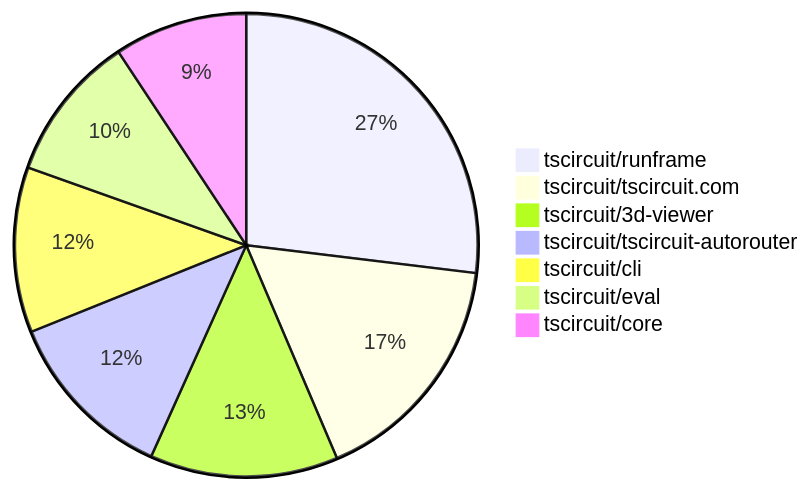
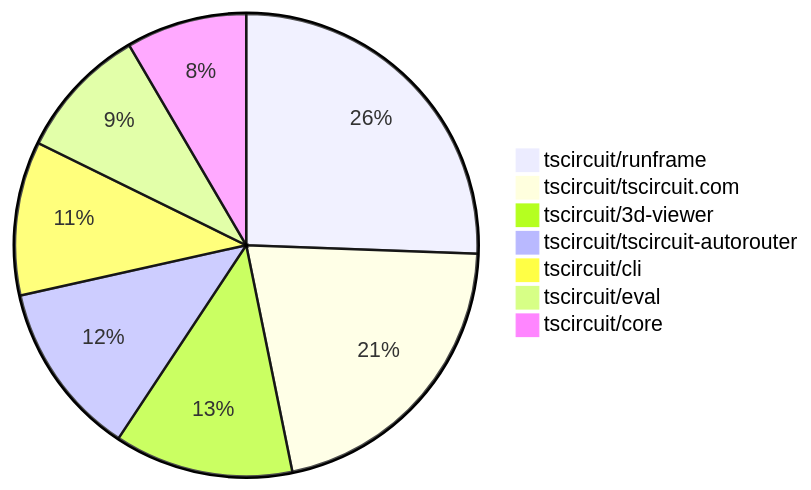
Before and after one commit to tscircuit/contribution-tracker: the second of 2 diagrams in README.md, drawn with Mermaid. The commit also changed other lines of this file and 3 other files, not shown here.

````diff
--- a/README.md
+++ b/README.md
@@ -144,10 +145,10 @@
 ```mermaid
 pie
-    "tscircuit/runframe" : 84
-    "tscircuit/tscircuit.com" : 52
-    "tscircuit/3d-viewer" : 41
-    "tscircuit/tscircuit-autorouter" : 38
-    "tscircuit/cli" : 36
+    "tscircuit/runframe" : 88
+    "tscircuit/tscircuit.com" : 73
+    "tscircuit/3d-viewer" : 43
+    "tscircuit/tscircuit-autorouter" : 42
+    "tscircuit/cli" : 37
     "tscircuit/eval" : 32
     "tscircuit/core" : 29
 ```
````
